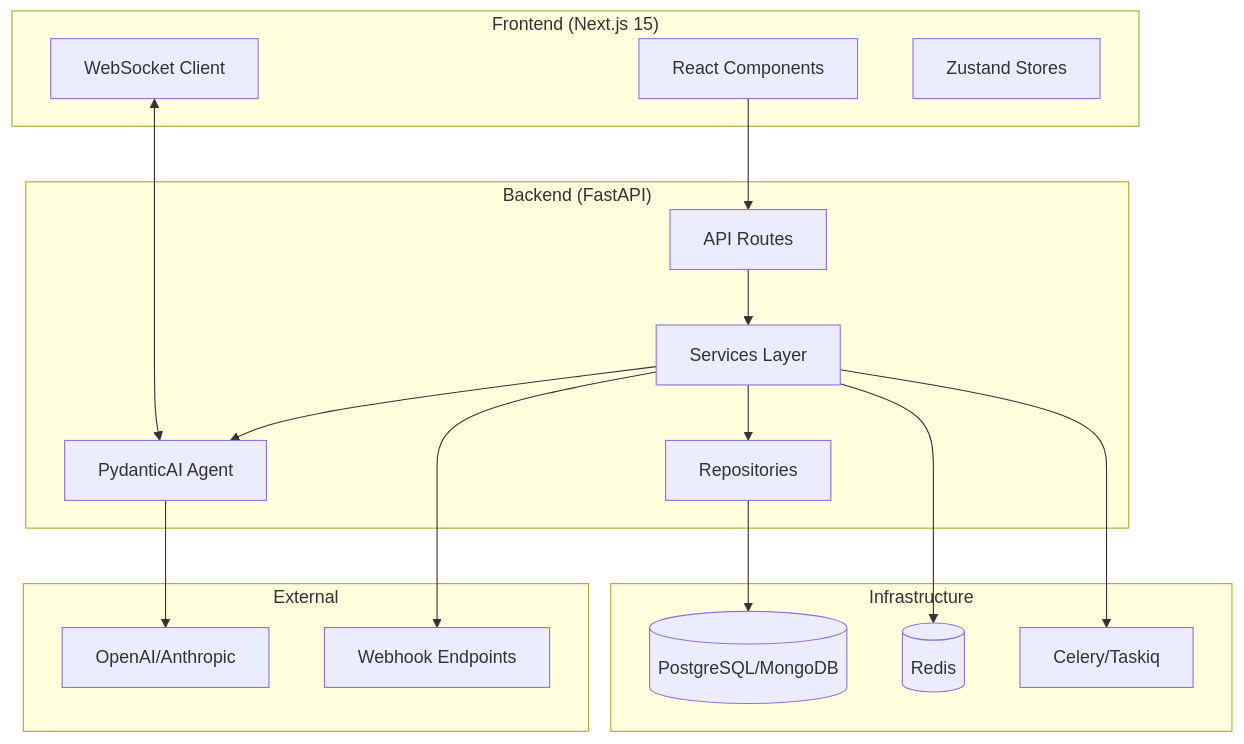
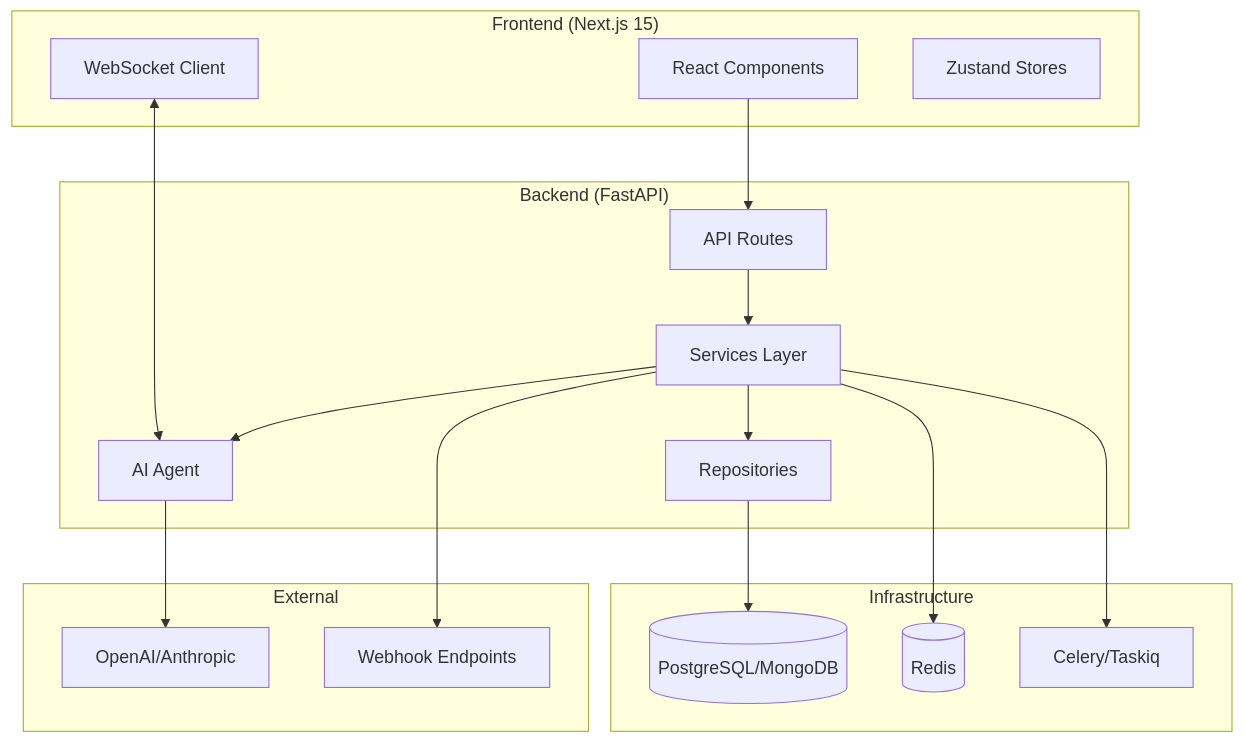
One commit to ralph-santiago-2992/FULL-STACK-AI-AGENT-TEMPLATE changed the first of 3 diagrams in README.md. Above: the diagram before and after it, drawn with Mermaid. The commit also changed other lines of this file and 59 other files, not shown here.

````diff
--- a/README.md
+++ b/README.md
@@ -114,37 +116,37 @@
 ```mermaid
 graph TB
     subgraph Frontend["Frontend (Next.js 15)"]
         UI[React Components]
         WS[WebSocket Client]
         Store[Zustand Stores]
     end
 
     subgraph Backend["Backend (FastAPI)"]
         API[API Routes]
         Services[Services Layer]
         Repos[Repositories]
-        Agent[PydanticAI Agent]
+        Agent[AI Agent]
     end
 
     subgraph Infrastructure
         DB[(PostgreSQL/MongoDB)]
         Redis[(Redis)]
         Queue[Celery/Taskiq]
     end
 
     subgraph External
         LLM[OpenAI/Anthropic]
         Webhook[Webhook Endpoints]
     end
 
     UI --> API
     WS <--> Agent
     API --> Services
     Services --> Repos
     Services --> Agent
     Repos --> DB
     Agent --> LLM
     Services --> Redis
     Services --> Queue
     Services --> Webhook
 ```
````
